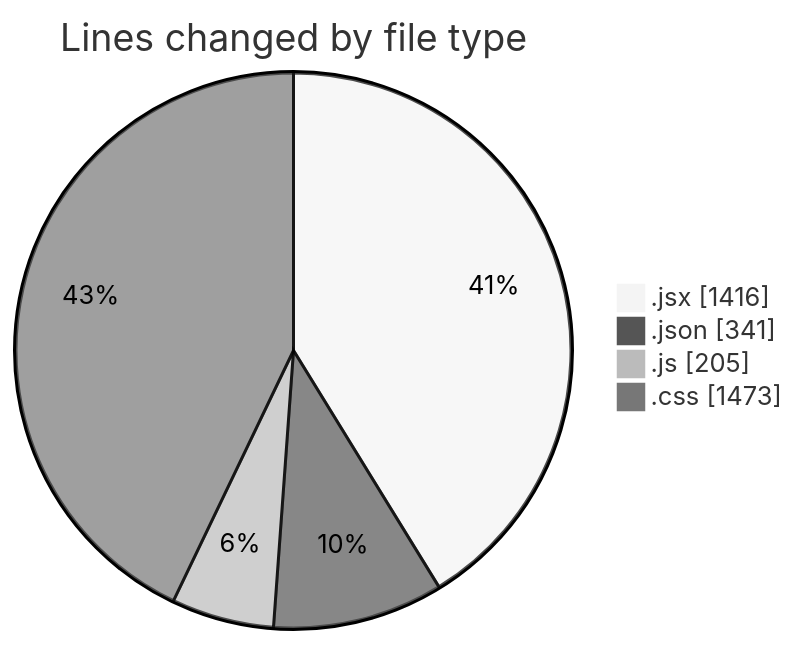
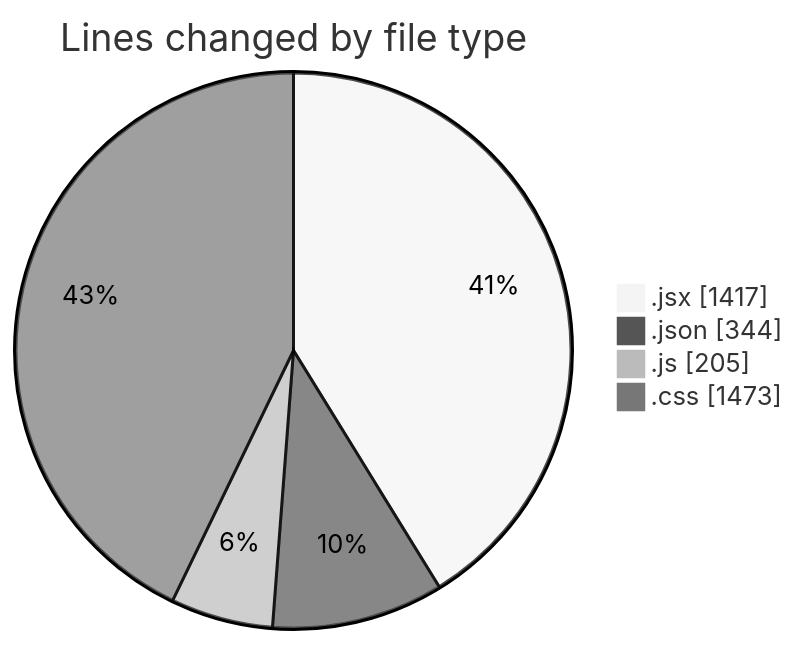
The first of 2 diagrams in 2025-05-04/project/README.md (BS-eng2023/code-tracking), drawn with Mermaid (neutral theme) before and after one commit. The commit also changed other lines of this file and 1 other file, not shown here.

````diff
--- a/2025-05-04/project/README.md
+++ b/2025-05-04/project/README.md
@@ -39,8 +39,8 @@
 ```mermaid
 pie showData
 title Lines changed by file type
-".jsx" : 1416
-".json" : 341
+".jsx" : 1417
+".json" : 344
 ".js" : 205
 ".css" : 1473
 ```
````
